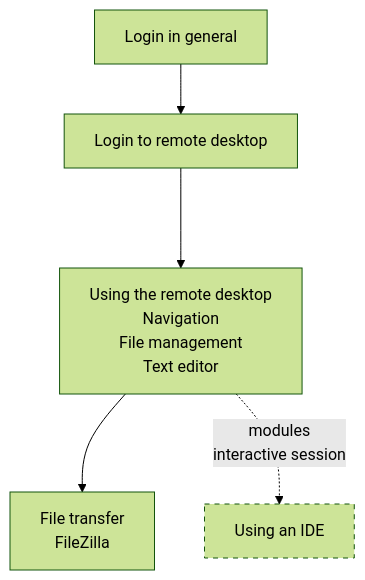
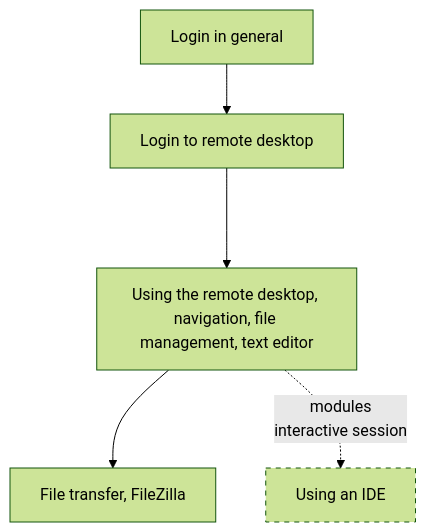
Before and after one commit to UPPMAX/uppmax_intro_day_1: the diagram in docs/sessions/introduction_visual.md, drawn with Mermaid (forest theme). The commit also changed 5 other files, not shown here.

````diff
--- a/docs/sessions/introduction_visual.md
+++ b/docs/sessions/introduction_visual.md
@@ -14,16 +14,16 @@
 ```mermaid
 flowchart TD
   classDef maybe_not_node stroke-dasharray: 5 5
 
   login[Login in general]
   login_remote_desktop[Login to remote desktop]
-  use_remote_desktop[Using the remote desktop\nNavigation\nFile management\nText editor]
-  file_transfer_filezilla[File transfer\nFileZilla]
+  use_remote_desktop[Using the remote desktop, navigation, file management, text editor]
+  file_transfer_filezilla[File transfer, FileZilla]
   use_ide[Using an IDE]:::maybe_not_node
 
   %% GUI
   login --> login_remote_desktop
   login_remote_desktop ---> use_remote_desktop
   use_remote_desktop --> file_transfer_filezilla
   use_remote_desktop -.-> |modules\ninteractive session| use_ide
 ```
````
